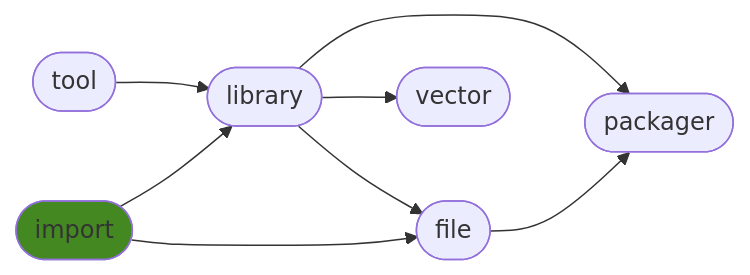
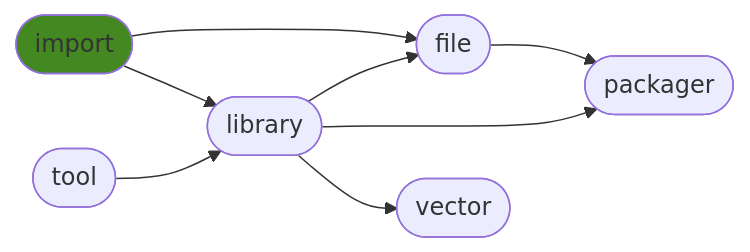
One commit to ManderaGeneral/generalimport changed the diagram in README.md. Above: the diagram before and after it, drawn with Mermaid. The commit also changed other lines of this file, not shown here.

````diff
--- a/README.md
+++ b/README.md
@@ -28,17 +28,17 @@
 ```mermaid
 flowchart LR
+0([import]) --> 3([file])
 1([tool]) --> 2([library])
-2([library]) --> 4([vector])
-2([library]) --> 5([packager])
-2([library]) --> 3([file])
-0([import]) --> 3([file])
 3([file]) --> 5([packager])
 0([import]) --> 2([library])
+2([library]) --> 3([file])
+2([library]) --> 5([packager])
+2([library]) --> 4([vector])
 click 0 "https://github.com/ManderaGeneral/generalimport"
 click 1 "https://github.com/ManderaGeneral/generaltool"
 click 2 "https://github.com/ManderaGeneral/generallibrary"
 click 3 "https://github.com/ManderaGeneral/generalfile"
 click 4 "https://github.com/ManderaGeneral/generalvector"
 click 5 "https://github.com/ManderaGeneral/generalpackager"
 style 0 fill:#482
 ```
````
